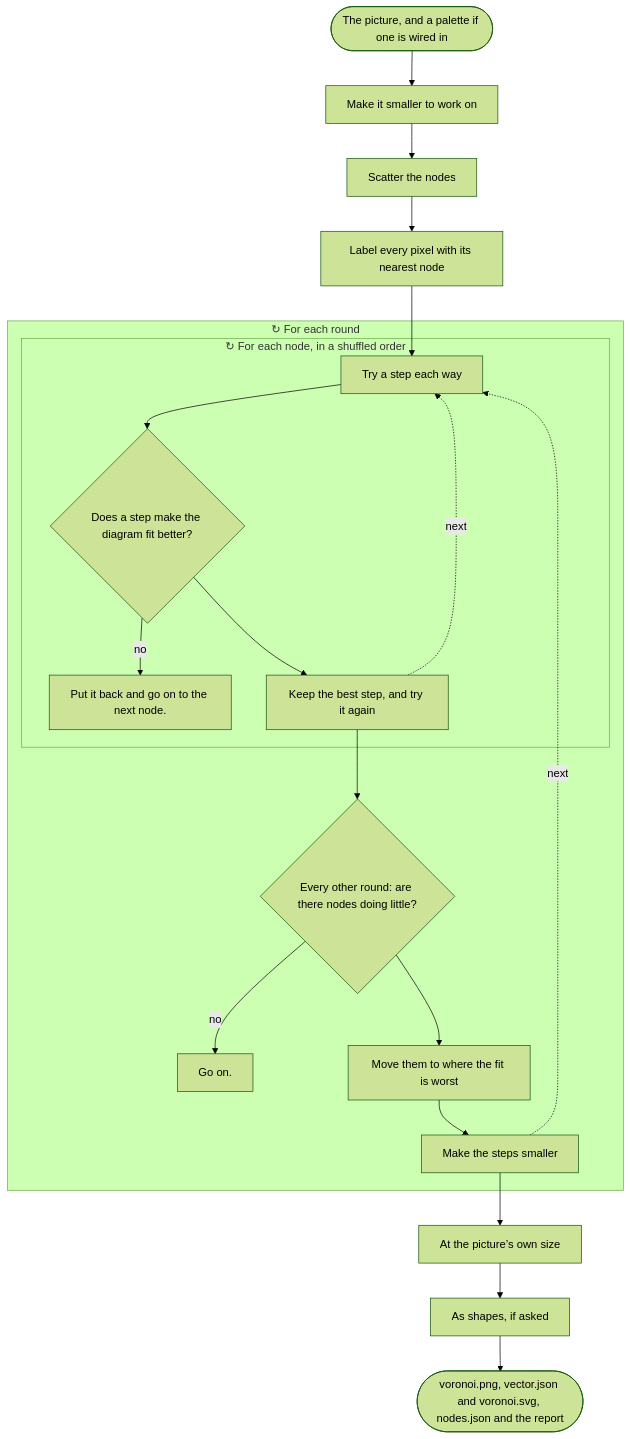
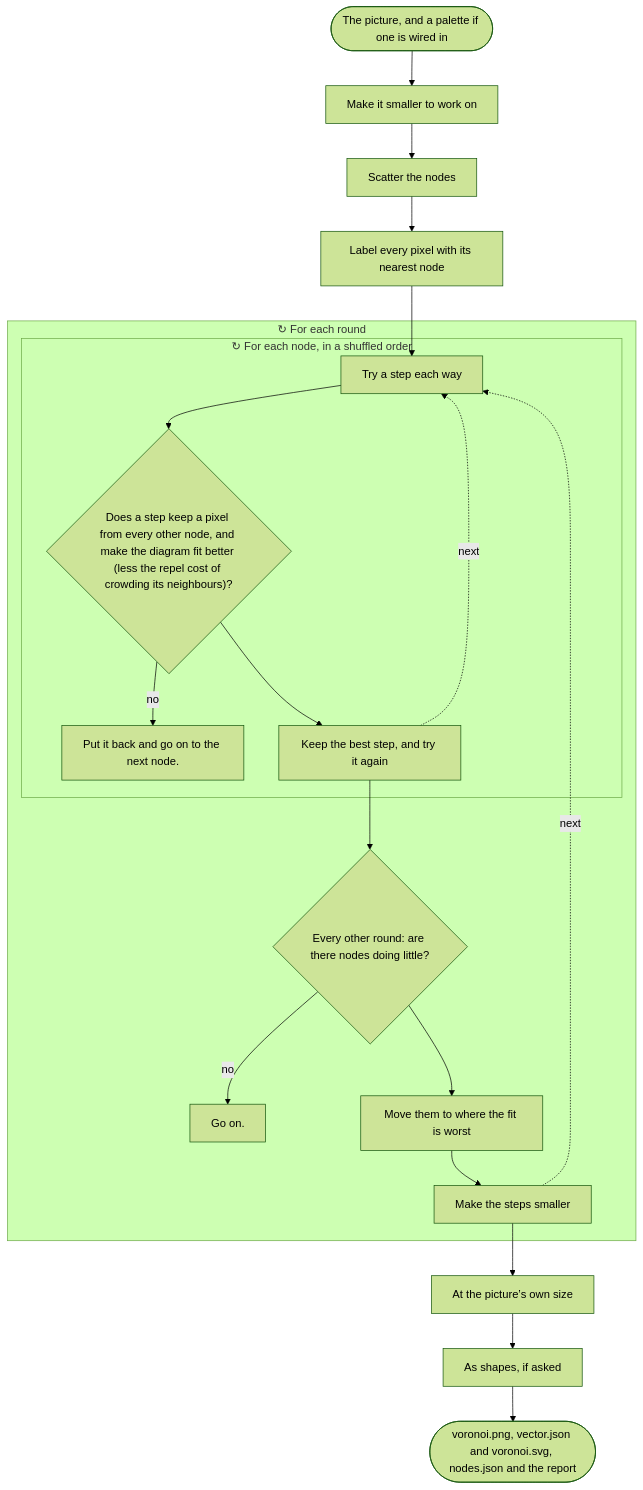
Before and after one commit to MabzGamesStudio/VibeToon: diagram 19 of 33 in docs/ALGORITHMS.md, drawn with Mermaid (forest theme). The commit also changed other lines of this file and 8 other files, not shown here.

First line of the commit message:
Voronoi: any number of nodes, a pixel apart, a repel setting, steady dots

````diff
--- a/docs/ALGORITHMS.md
+++ b/docs/ALGORITHMS.md
@@ -2197,38 +2197,38 @@
 ```mermaid
 flowchart TD
   s1(["The picture, and a palette if one is wired in"])
   s2["Make it smaller to work on"]
   s1 --> s2
   s3["Scatter the nodes"]
   s2 --> s3
   s4["Label every pixel with its nearest node"]
   s3 --> s4
   subgraph s5["↻ For each round"]
     subgraph s6["↻ For each node, in a shuffled order"]
       s7["Try a step each way"]
-      s8{"Does a step make the diagram fit better?"}
+      s8{"Does a step keep a pixel from every other node, and make the diagram fit better (less the repel cost of crowding its neighbours)?"}
       s9["Put it back and go on to the next node."]
       s8 -- no --> s9
       s7 --> s8
       s10["Keep the best step, and try it again"]
       s8 --> s10
     end
     s10 -. next .-> s7
     s11{"Every other round: are there nodes doing little?"}
     s12["Go on."]
     s11 -- no --> s12
     s10 --> s11
     s13["Move them to where the fit is worst"]
     s11 --> s13
     s14["Make the steps smaller"]
     s13 --> s14
   end
   s14 -. next .-> s7
   s4 --> s7
   s15["At the picture’s own size"]
   s14 --> s15
   s16["As shapes, if asked"]
   s15 --> s16
   s17(["voronoi.png, vector.json and voronoi.svg, nodes.json and the report"])
   s16 --> s17
 ```
````
